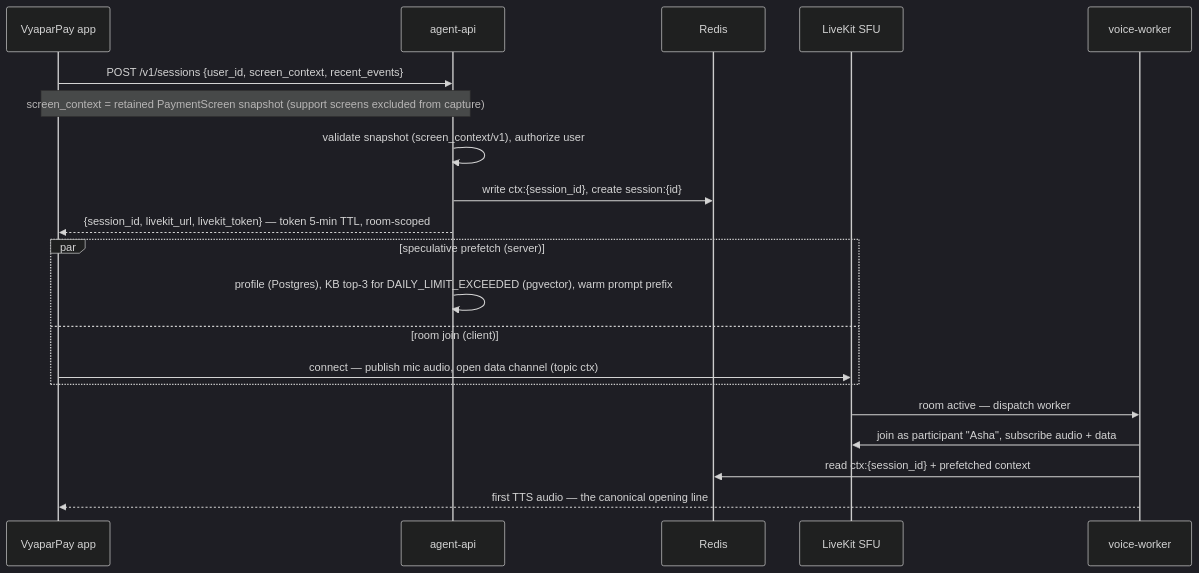
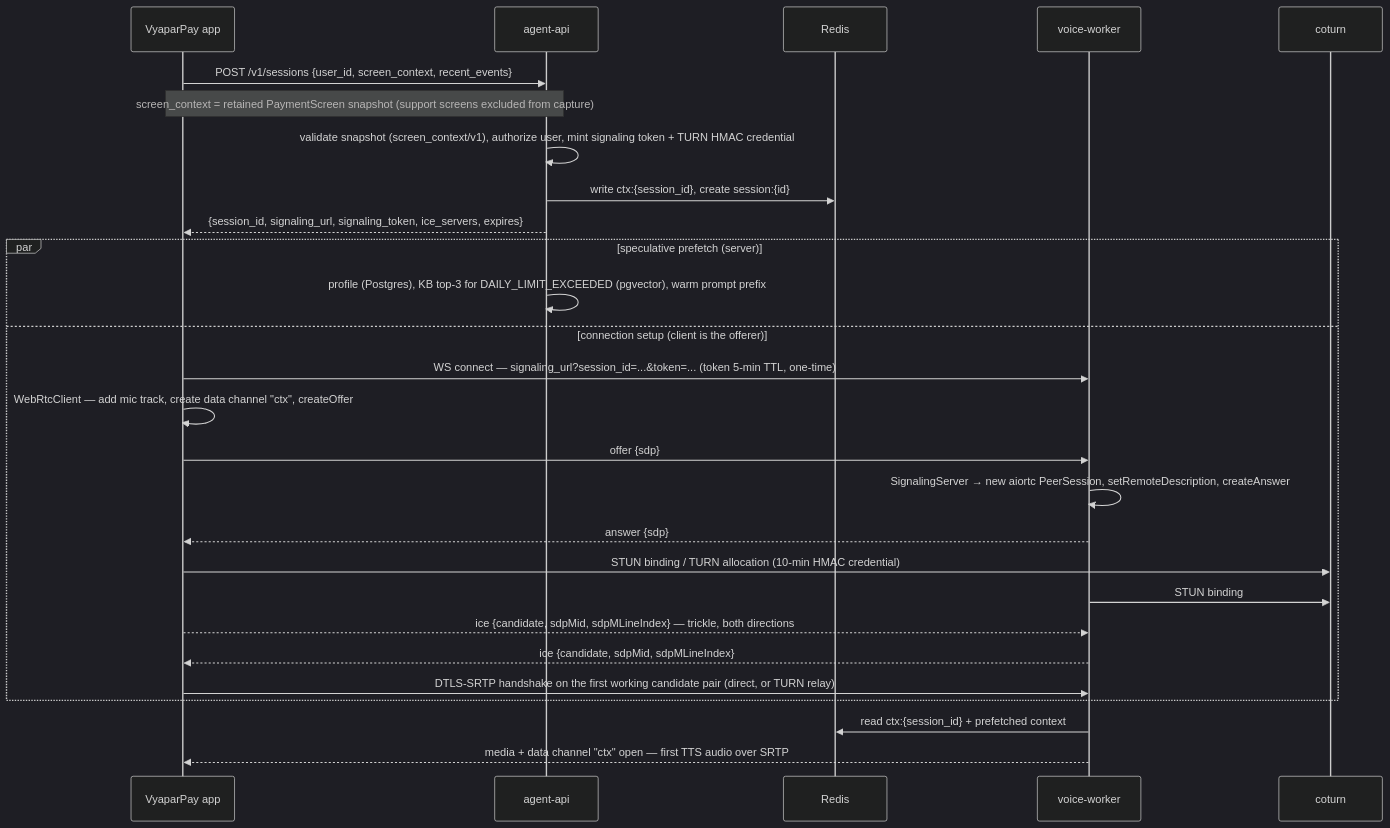
Before and after one commit to bibekanandan892/vyaparpay-voice-agent: the third of 5 diagrams in docs/02-system-architecture.md, drawn with Mermaid (dark theme). The commit also changed other lines of this file and 22 other files, not shown here.

First line of the commit message:
refactor(arch): replace LiveKit with raw WebRTC (libwebrtc + aiortc)

````diff
--- a/docs/02-system-architecture.md
+++ b/docs/02-system-architecture.md
@@ -130,22 +136,29 @@
 ```mermaid
 sequenceDiagram
     participant App as VyaparPay app
     participant API as agent-api
     participant RD as Redis
-    participant LK as LiveKit SFU
     participant W as voice-worker
+    participant CO as coturn
     App->>API: POST /v1/sessions {user_id, screen_context, recent_events}
     Note over App,API: screen_context = retained PaymentScreen snapshot (support screens excluded from capture)
-    API->>API: validate snapshot (screen_context/v1), authorize user
+    API->>API: validate snapshot (screen_context/v1), authorize user, mint signaling token + TURN HMAC credential
     API->>RD: write ctx:{session_id}, create session:{id}
-    API-->>App: {session_id, livekit_url, livekit_token} — token 5-min TTL, room-scoped
+    API-->>App: {session_id, signaling_url, signaling_token, ice_servers, expires}
     par speculative prefetch (server)
         API->>API: profile (Postgres), KB top-3 for DAILY_LIMIT_EXCEEDED (pgvector), warm prompt prefix
-    and room join (client)
-        App->>LK: connect — publish mic audio, open data channel (topic ctx)
+    and connection setup (client is the offerer)
+        App->>W: WS connect — signaling_url?session_id=...&token=... (token 5-min TTL, one-time)
+        App->>App: WebRtcClient — add mic track, create data channel "ctx", createOffer
+        App->>W: offer {sdp}
+        W->>W: SignalingServer → new aiortc PeerSession, setRemoteDescription, createAnswer
+        W-->>App: answer {sdp}
+        App->>CO: STUN binding / TURN allocation (10-min HMAC credential)
+        W->>CO: STUN binding
+        App-->>W: ice {candidate, sdpMid, sdpMLineIndex} — trickle, both directions
+        W-->>App: ice {candidate, sdpMid, sdpMLineIndex}
+        App->>W: DTLS-SRTP handshake on the first working candidate pair (direct, or TURN relay)
     end
-    LK->>W: room active — dispatch worker
-    W->>LK: join as participant "Asha", subscribe audio + data
     W->>RD: read ctx:{session_id} + prefetched context
-    W-->>App: first TTS audio — the canonical opening line
+    W-->>App: media + data channel "ctx" open — first TTS audio over SRTP
 ```
````
